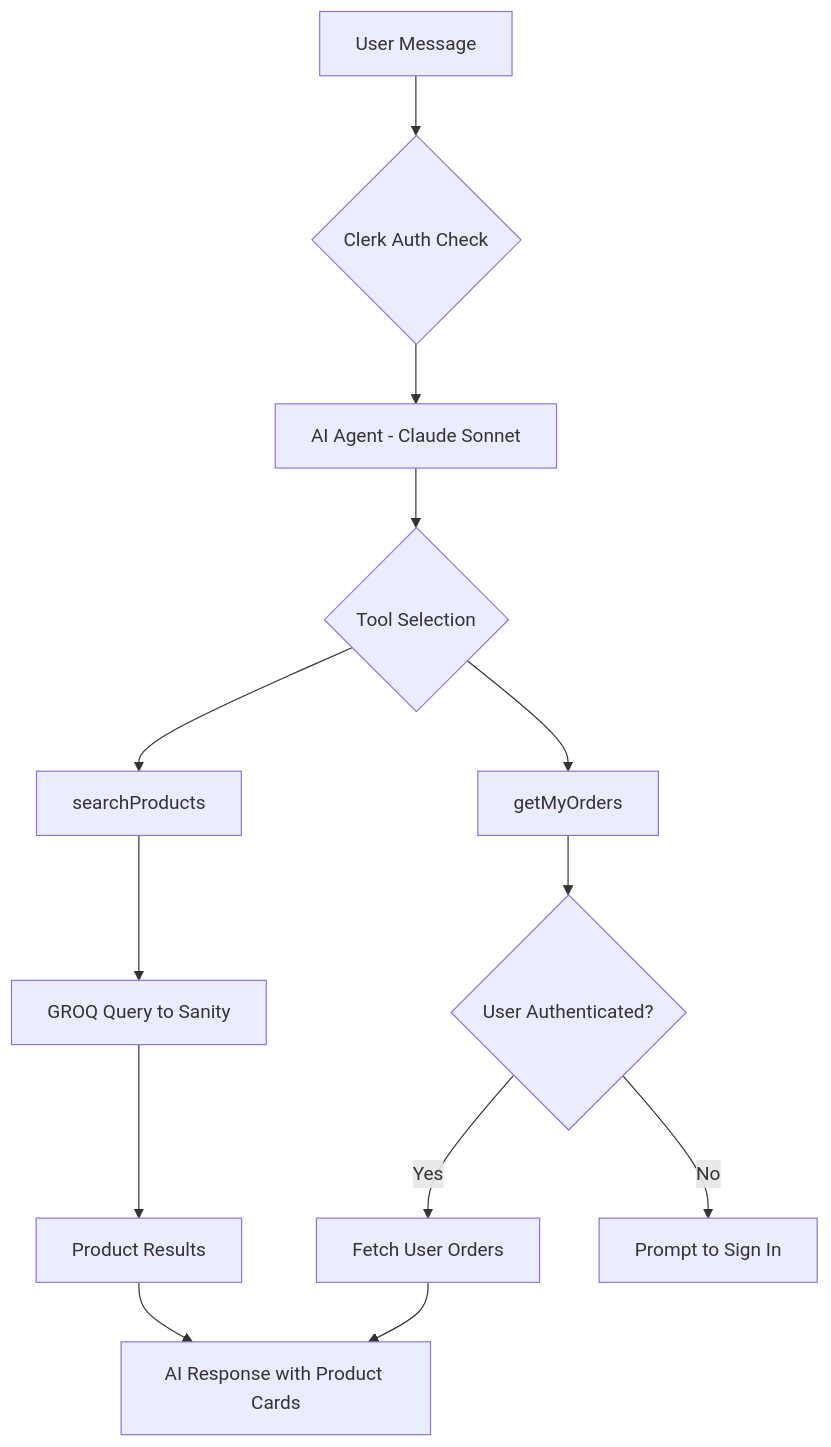
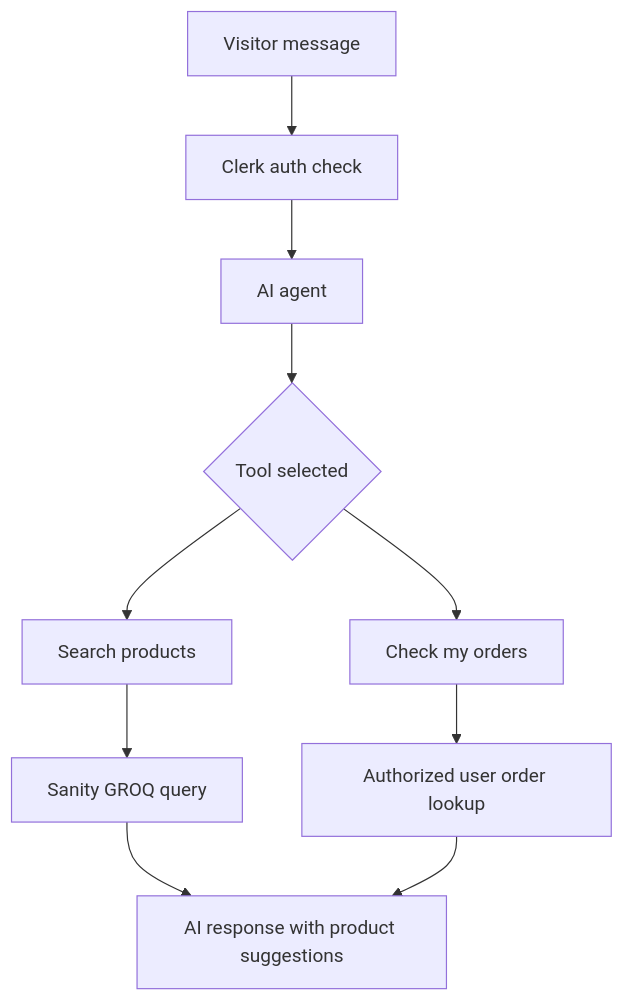
One commit to Peculiars/beauty changed the second of 2 diagrams in README.md. Above: the diagram before and after it, drawn with Mermaid. The commit also changed other lines of this file, not shown here.

````diff
--- a/README.md
+++ b/README.md
@@ -184,19 +89,12 @@
 ```mermaid
 flowchart TD
-    A[User Message] --> B{Clerk Auth Check}
-    B --> C[AI Agent - Claude Sonnet]
-    C --> D{Tool Selection}
-    
-    D --> E[searchProducts]
-    D --> F[getMyOrders]
-    
-    E --> G[GROQ Query to Sanity]
-    G --> H[Product Results]
-    
-    F --> I{User Authenticated?}
-    I -->|Yes| J[Fetch User Orders]
-    I -->|No| K[Prompt to Sign In]
-    
-    H --> L[AI Response with Product Cards]
-    J --> L
+    A[Visitor message] --> B[Clerk auth check]
+    B --> C[AI agent]
+    C --> D{Tool selected}
+    D --> E[Search products]
+    D --> F[Check my orders]
+    E --> G[Sanity GROQ query]
+    F --> H[Authorized user order lookup]
+    G --> I[AI response with product suggestions]
+    H --> I
 ```
````
